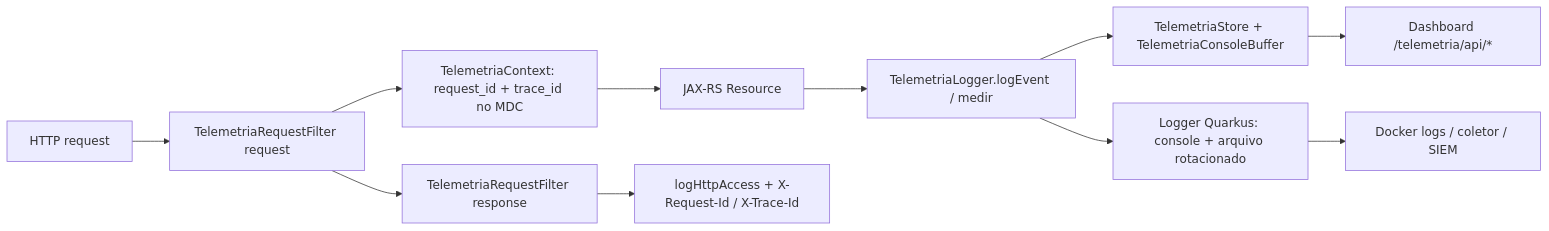
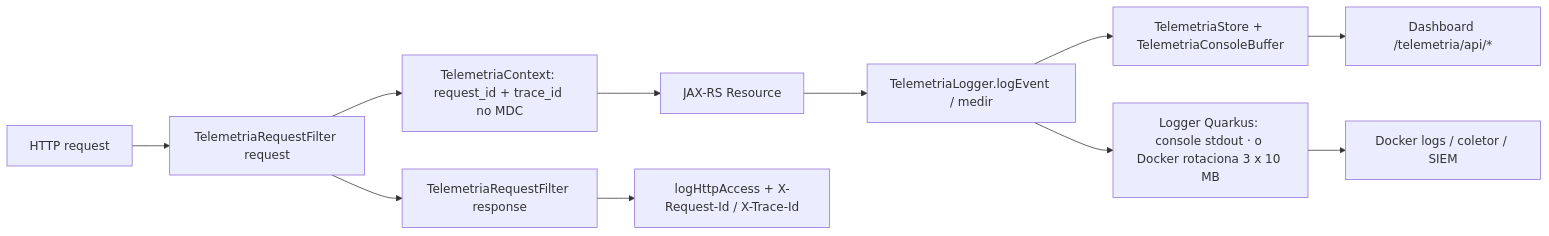
Before and after one commit to carmipa/framework-net-java-quarkus: the third of 12 diagrams in src/main/resources/README.md, drawn with Mermaid. The commit also changed other lines of this file and 1 other file, not shown here.

````diff
--- a/src/main/resources/README.md
+++ b/src/main/resources/README.md
@@ -528,13 +527,13 @@
 ```mermaid
 flowchart LR
     Req[HTTP request] --> Flt[TelemetriaRequestFilter request]
     Flt --> Ctx[TelemetriaContext: request_id + trace_id no MDC]
     Ctx --> Res[JAX-RS Resource]
     Res --> Ev[TelemetriaLogger.logEvent / medir]
     Ev --> Store[TelemetriaStore + TelemetriaConsoleBuffer]
-    Ev --> Log[Logger Quarkus: console + arquivo rotacionado]
+    Ev --> Log[Logger Quarkus: console stdout · o Docker rotaciona 3 x 10 MB]
     Flt --> Resp[TelemetriaRequestFilter response]
     Resp --> Acc[logHttpAccess + X-Request-Id / X-Trace-Id]
     Store --> Dash[Dashboard /telemetria/api/*]
     Log --> Obs[Docker logs / coletor / SIEM]
 ```
````
